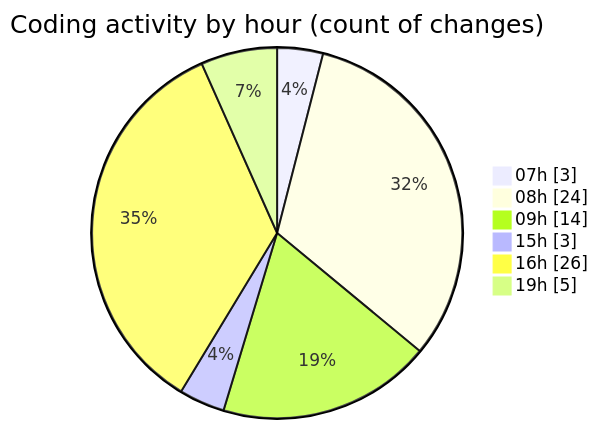
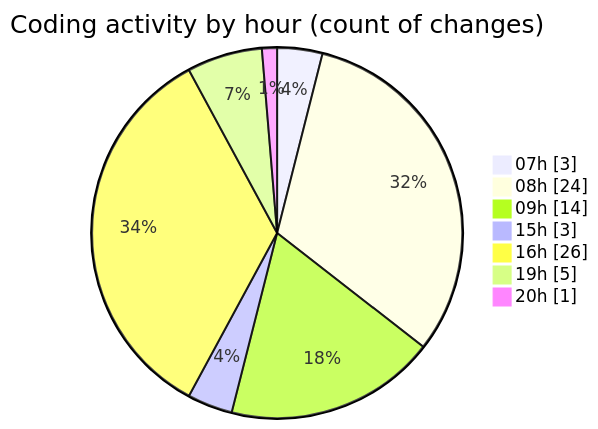
Before and after one commit to MatusMokan/code-tracking: the second of 2 diagrams in 2025-05-07/myws__workspace_/README.md, drawn with Mermaid. The commit also changed other lines of this file and 1 other file, not shown here.

````diff
--- a/2025-05-07/myws__workspace_/README.md
+++ b/2025-05-07/myws__workspace_/README.md
@@ -30,10 +30,11 @@
 ```mermaid
 pie showData
 title Coding activity by hour (count of changes)
 "07h" : 3
 "08h" : 24
 "09h" : 14
 "15h" : 3
 "16h" : 26
 "19h" : 5
+"20h" : 1
 ```
````
